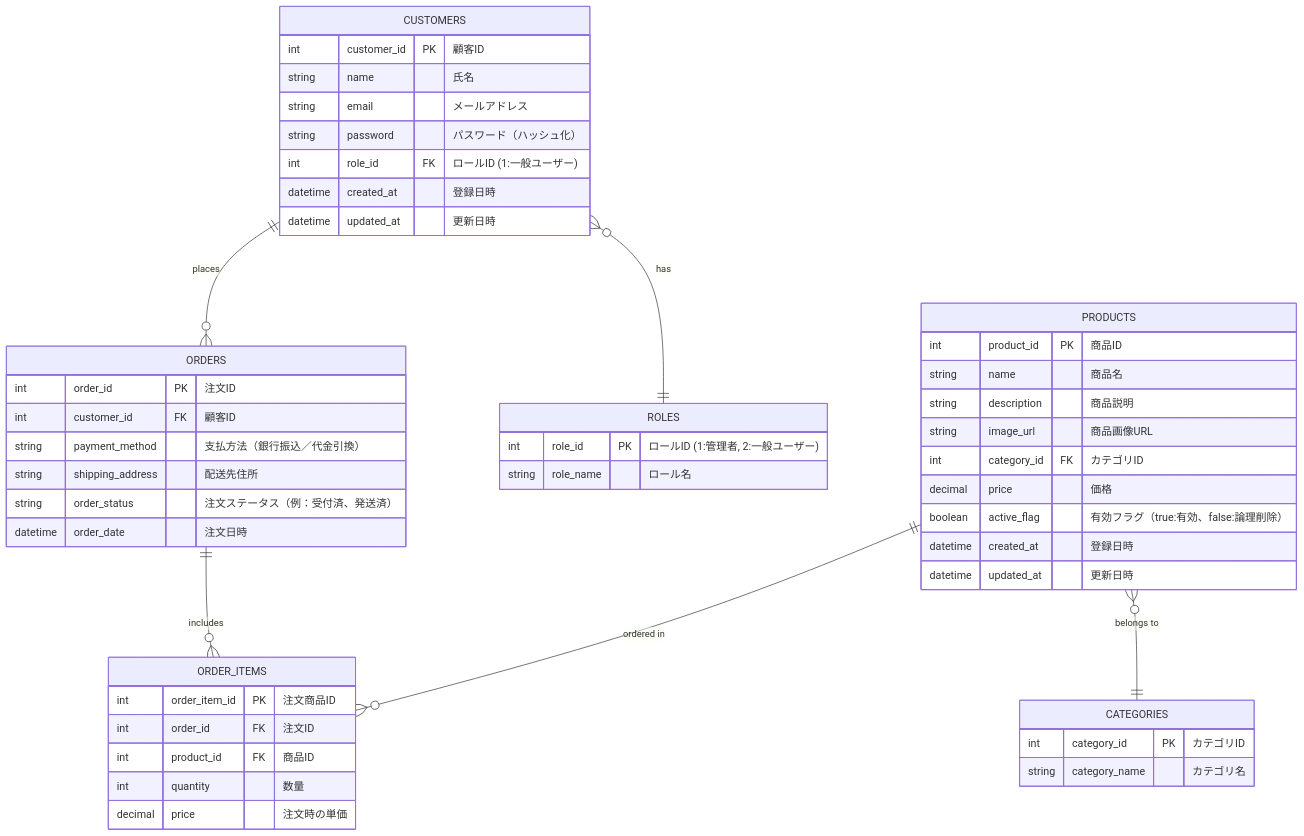
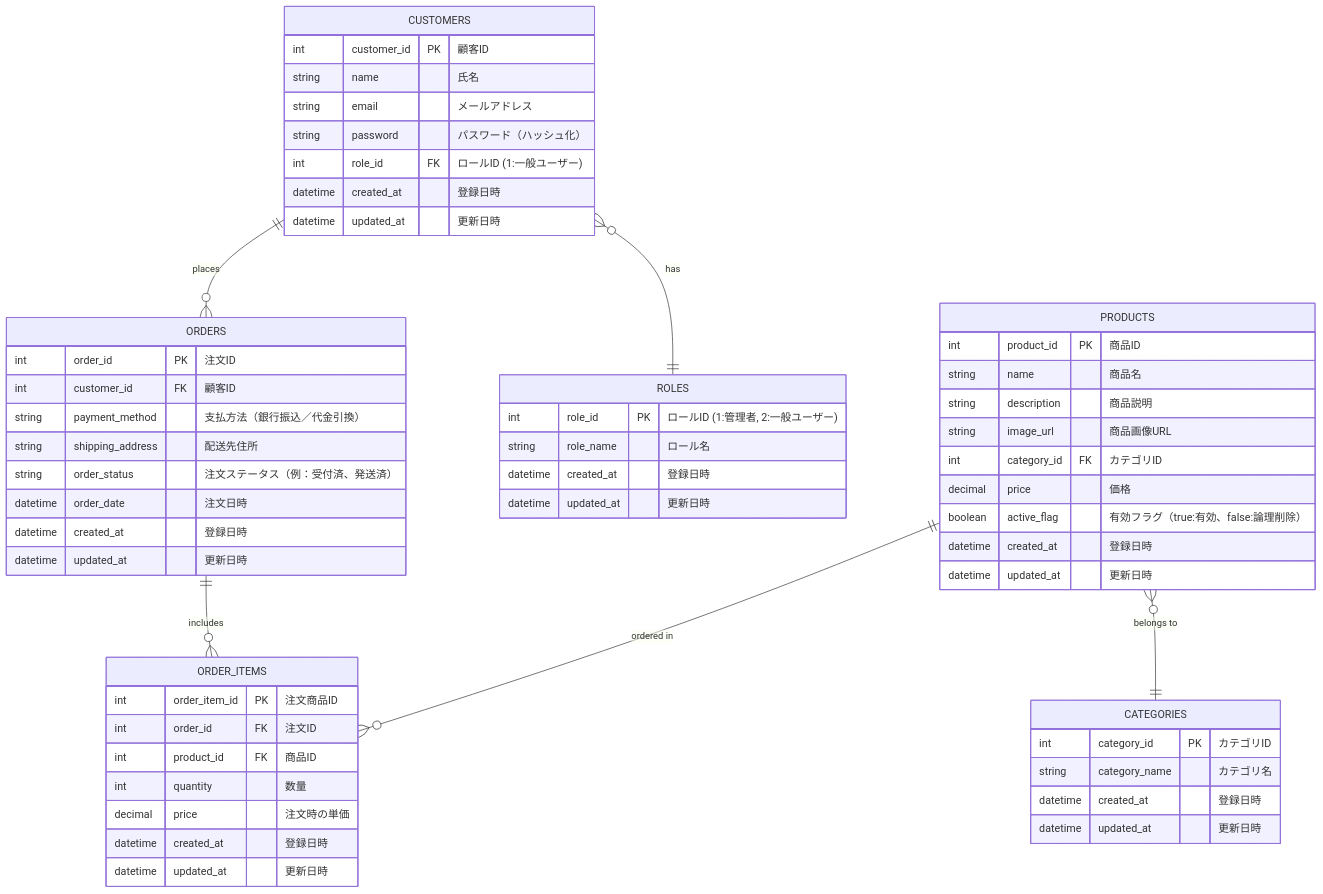
The diagram in 基本設計書/E-R図③.md (Rikumt12/Popcorn), drawn with Mermaid before and after one commit. The commit also changed 1 other file, not shown here.

Commit message:
5.2 E-R図指摘事項修正②

````diff
--- a/基本設計書/E-R図③.md
+++ b/基本設計書/E-R図③.md
@@ -1,53 +1,61 @@
 ```mermaid
 
 erDiagram
     CUSTOMERS ||--o{ ORDERS : "places"
     CUSTOMERS }o--|| ROLES : "has"
     PRODUCTS }o--|| CATEGORIES : "belongs to"
     ORDERS ||--o{ ORDER_ITEMS : "includes"
     PRODUCTS ||--o{ ORDER_ITEMS : "ordered in"
 
     CUSTOMERS {
         int customer_id PK "顧客ID"
         string name "氏名"
         string email "メールアドレス"
         string password "パスワード（ハッシュ化）"
         int role_id FK "ロールID (1:一般ユーザー)"
         datetime created_at "登録日時"
         datetime updated_at "更新日時"
     }
     ROLES {
         int role_id PK "ロールID (1:管理者, 2:一般ユーザー)"
         string role_name "ロール名"
+        datetime created_at "登録日時"
+        datetime updated_at "更新日時"
     }
     PRODUCTS {
         int product_id PK "商品ID"
         string name "商品名"
         string description "商品説明"
         string image_url "商品画像URL"
         int category_id FK "カテゴリID"
         decimal price "価格"
         boolean active_flag "有効フラグ（true:有効、false:論理削除）"
         datetime created_at "登録日時"
         datetime updated_at "更新日時"
     }
     CATEGORIES {
         int category_id PK "カテゴリID"
         string category_name "カテゴリ名"
+        datetime created_at "登録日時"
+        datetime updated_at "更新日時"
     }
     ORDERS {
         int order_id PK "注文ID"
         int customer_id FK "顧客ID"
         string payment_method "支払方法（銀行振込／代金引換）"
         string shipping_address "配送先住所"
         string order_status "注文ステータス（例：受付済、発送済）"
         datetime order_date "注文日時"
+        datetime created_at "登録日時"
+        datetime updated_at "更新日時"
     }
     ORDER_ITEMS {
         int order_item_id PK "注文商品ID"
         int order_id FK "注文ID"
         int product_id FK "商品ID"
         int quantity "数量"
         decimal price "注文時の単価"
+        datetime created_at "登録日時"
+        datetime updated_at "更新日時"
     }
 ```
````
